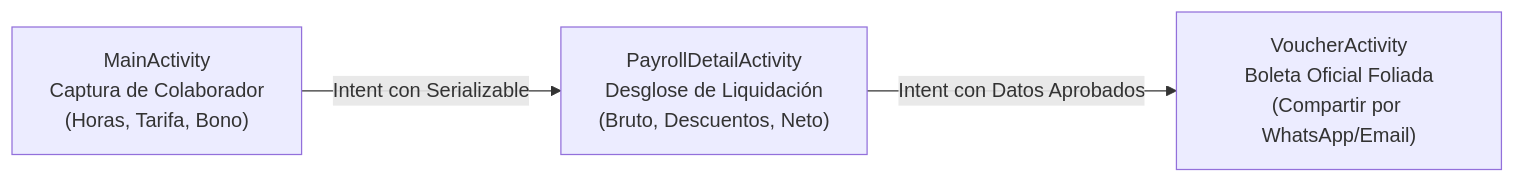
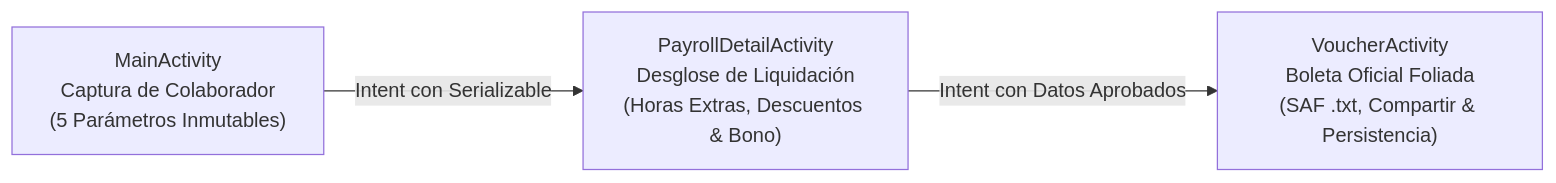
Before and after one commit to Orlandho/Act1Sem3AppsMov: the second of 2 diagrams in README.md, drawn with Mermaid. The commit also changed other lines of this file and 1 other file, not shown here.

Commit message:
docs: actualizar documentacion tecnica de persistencia MySQL y arquitectura resiliente en README y AGENTS

````diff
--- a/README.md
+++ b/README.md
@@ -41,5 +111,5 @@
 ```mermaid
 flowchart LR
-    A["MainActivity\nCaptura de Colaborador\n(Horas, Tarifa, Bono)"] -->|Intent con Serializable| B["PayrollDetailActivity\nDesglose de Liquidación\n(Bruto, Descuentos, Neto)"]
-    B -->|Intent con Datos Aprobados| C["VoucherActivity\nBoleta Oficial Foliada\n(Compartir por WhatsApp/Email)"]
+    A["MainActivity\nCaptura de Colaborador\n(5 Parámetros Inmutables)"] -->|Intent con Serializable| B["PayrollDetailActivity\nDesglose de Liquidación\n(Horas Extras, Descuentos & Bono)"]
+    B -->|Intent con Datos Aprobados| C["VoucherActivity\nBoleta Oficial Foliada\n(SAF .txt, Compartir & Persistencia)"]
 ```
````
